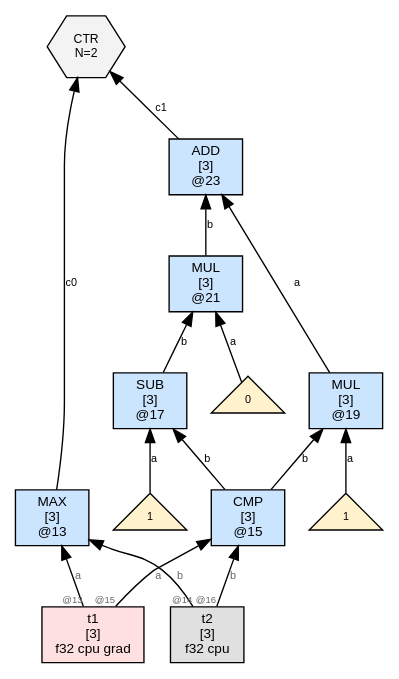
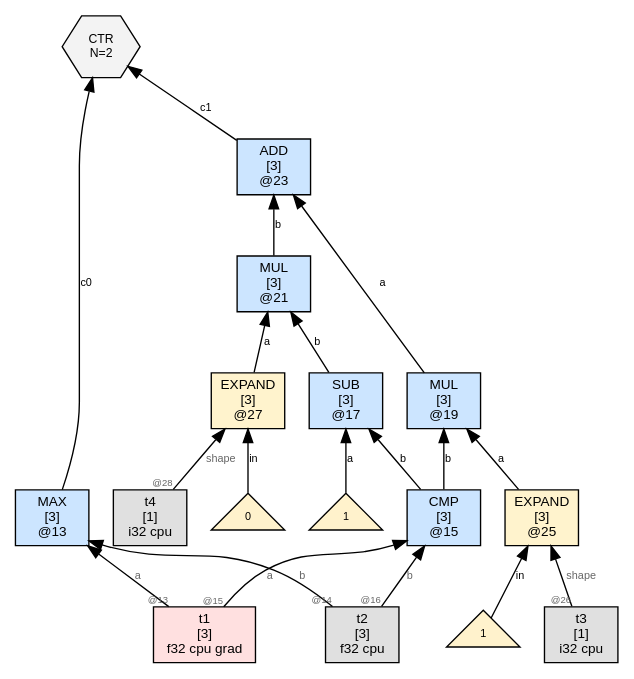
The diagram in wl/examples/thvm_graphs/grad_rules/max/thvm_2_post_sweep.dot (sw1sh/TinyHVM), drawn with Graphviz before and after one commit. The commit also changed 2087 other files, not shown here.

First line of the commit message:
grad: TEN matcher emits EXPAND(NUM, shape) for Jacobian leaves

```diff
--- a/wl/examples/thvm_graphs/grad_rules/max/thvm_2_post_sweep.dot
+++ b/wl/examples/thvm_graphs/grad_rules/max/thvm_2_post_sweep.dot
@@ -1,32 +1,40 @@
 digraph G {
   rankdir=BT;
   node [fontname="Helvetica", fontsize=10, style=filled, shape=box, margin="0.1,0.05"];
   edge [fontsize=8, fontname="Helvetica"];
 
   n13 [label="MAX\n[3]\n@13", shape=box, fillcolor="#cce5ff"];
   t1 [label="t1\n[3]\nf32 cpu grad",shape=box,fillcolor="#ffe0e0"];
   t1 -> n13 [label="a",taillabel="@13",labelfontsize=7,fontcolor="#666666"];
   t2 [label="t2\n[3]\nf32 cpu",shape=box,fillcolor="#e0e0e0"];
   t2 -> n13 [label="b",taillabel="@14",labelfontsize=7,fontcolor="#666666"];
   n23 [label="ADD\n[3]\n@23", shape=box, fillcolor="#cce5ff"];
   n19 -> n23 [label="a"];
   n21 -> n23 [label="b"];
   ctr6 [label="CTR\nN=2", shape=hexagon, fillcolor="#f3f3f3", fontsize=9];
   n13 -> ctr6 [label="c0"];
   n23 -> ctr6 [label="c1"];
   n15 [label="CMP\n[3]\n@15", shape=box, fillcolor="#cce5ff"];
   t1 -> n15 [label="a",taillabel="@15",labelfontsize=7,fontcolor="#666666"];
   t2 -> n15 [label="b",taillabel="@16",labelfontsize=7,fontcolor="#666666"];
+  n25 [label="EXPAND\n[3]\n@25", shape=box, fillcolor="#fff3cd"];
+  num25_0 [label="1",shape=triangle,fillcolor="#fff2cc",fontsize=8];
+  num25_0 -> n25 [label="in"];
+  t3 [label="t3\n[1]\ni32 cpu",shape=box,fillcolor="#e0e0e0"];
+  t3 -> n25 [label="shape",taillabel="@26",labelfontsize=7,fontcolor="#666666"];
+  n27 [label="EXPAND\n[3]\n@27", shape=box, fillcolor="#fff3cd"];
+  num27_0 [label="0",shape=triangle,fillcolor="#fff2cc",fontsize=8];
+  num27_0 -> n27 [label="in"];
+  t4 [label="t4\n[1]\ni32 cpu",shape=box,fillcolor="#e0e0e0"];
+  t4 -> n27 [label="shape",taillabel="@28",labelfontsize=7,fontcolor="#666666"];
   n17 [label="SUB\n[3]\n@17", shape=box, fillcolor="#cce5ff"];
   num17_0 [label="1",shape=triangle,fillcolor="#fff2cc",fontsize=8];
   num17_0 -> n17 [label="a"];
   n15 -> n17 [label="b"];
   n19 [label="MUL\n[3]\n@19", shape=box, fillcolor="#cce5ff"];
-  num19_0 [label="1",shape=triangle,fillcolor="#fff2cc",fontsize=8];
-  num19_0 -> n19 [label="a"];
+  n25 -> n19 [label="a"];
   n15 -> n19 [label="b"];
   n21 [label="MUL\n[3]\n@21", shape=box, fillcolor="#cce5ff"];
-  num21_0 [label="0",shape=triangle,fillcolor="#fff2cc",fontsize=8];
-  num21_0 -> n21 [label="a"];
+  n27 -> n21 [label="a"];
   n17 -> n21 [label="b"];
 }
```
